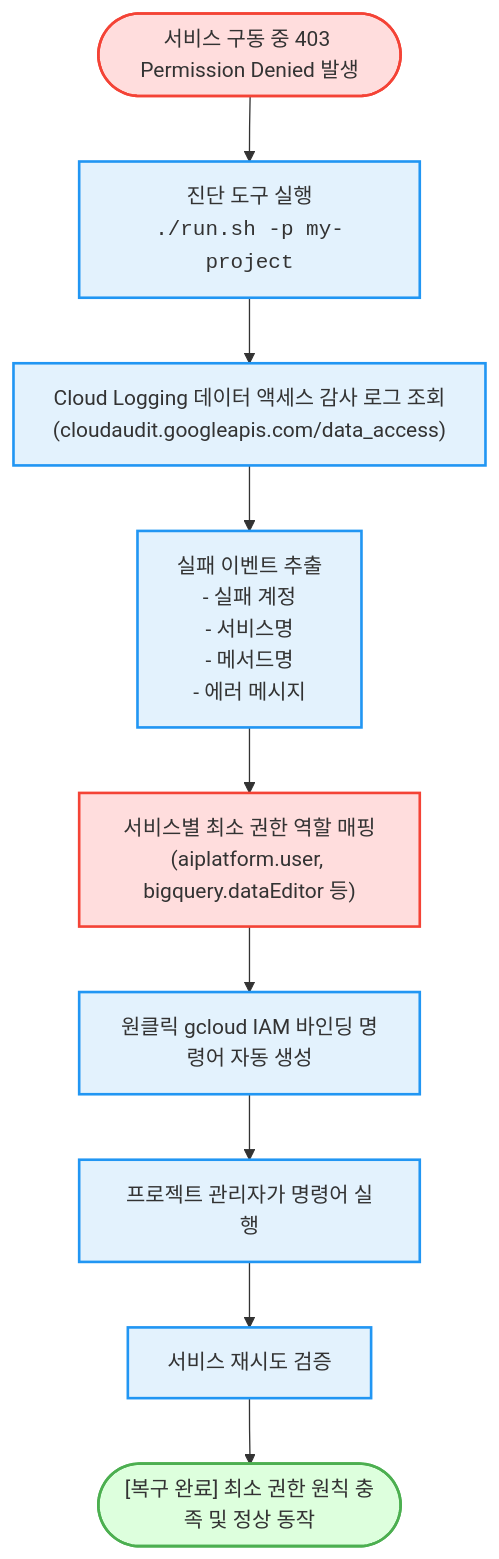
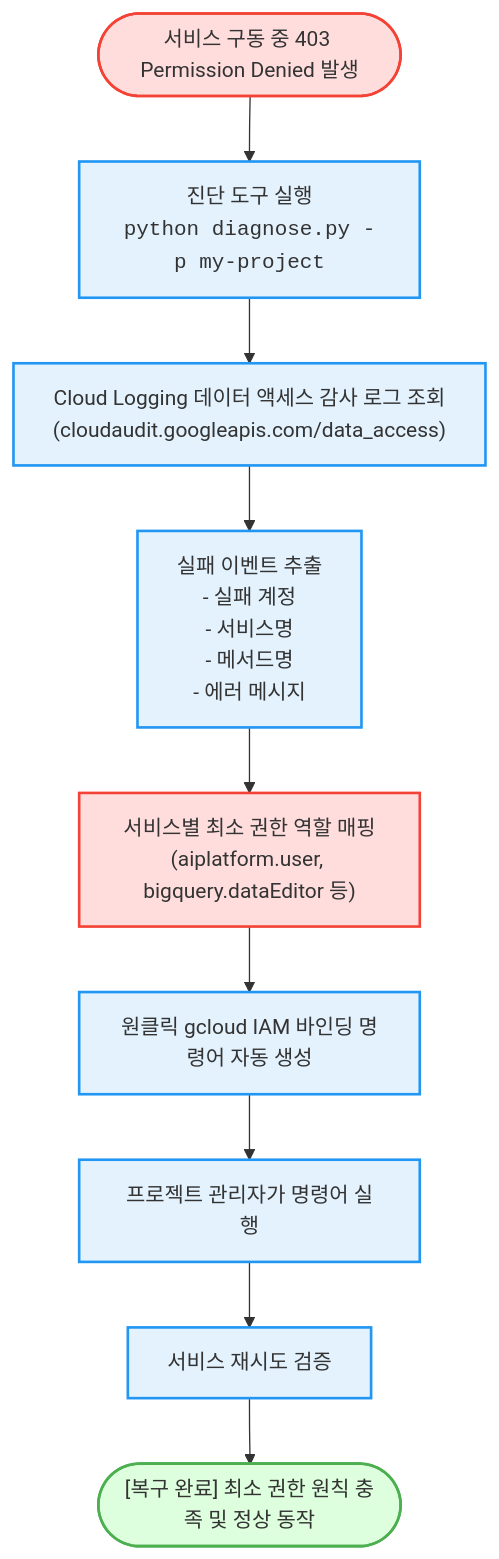
The diagram in samples/iam-permission-resolver/README.md (jiangjun-forge/google-cloud-0-to-1), drawn with Mermaid before and after one commit. The commit also changed other lines of this file and 180 other files, not shown here.

````diff
--- a/samples/iam-permission-resolver/README.md
+++ b/samples/iam-permission-resolver/README.md
@@ -37,21 +37,21 @@
 ```mermaid
 flowchart TD
-    Start(["서비스 구동 중 403 Permission Denied 발생"]) --> RunTool["진단 도구 실행<br/><code>./run.sh -p my-project</code>"]
+    Start(["서비스 구동 중 403 Permission Denied 발생"]) --> RunTool["진단 도구 실행<br/><code>python diagnose.py -p my-project</code>"]
     
     RunTool --> QueryAudit["Cloud Logging 데이터 액세스 감사 로그 조회<br/>(cloudaudit.googleapis.com/data_access)"]
     QueryAudit --> ParseEvents["실패 이벤트 추출<br/>- 실패 계정<br/>- 서비스명<br/>- 메서드명<br/>- 에러 메시지"]
     
     ParseEvents --> MatchRole["서비스별 최소 권한 역할 매핑<br/>(aiplatform.user, bigquery.dataEditor 등)"]
     MatchRole --> GenerateCmd["원클릭 gcloud IAM 바인딩 명령어 자동 생성"]
     
     GenerateCmd --> ApplyCmd["프로젝트 관리자가 명령어 실행"]
     ApplyCmd --> Retest["서비스 재시도 검증"]
     Retest --> Done(["[복구 완료] 최소 권한 원칙 충족 및 정상 동작"])
 
     classDef alert fill:#ffdddd,stroke:#f44336,stroke-width:2px;
     classDef success fill:#ddffdd,stroke:#4caf50,stroke-width:2px;
     classDef action fill:#e3f2fd,stroke:#2196f3,stroke-width:2px;
     class Start,MatchRole alert;
     class Done success;
     class RunTool,QueryAudit,ParseEvents,GenerateCmd,ApplyCmd,Retest action;
 ```
````
